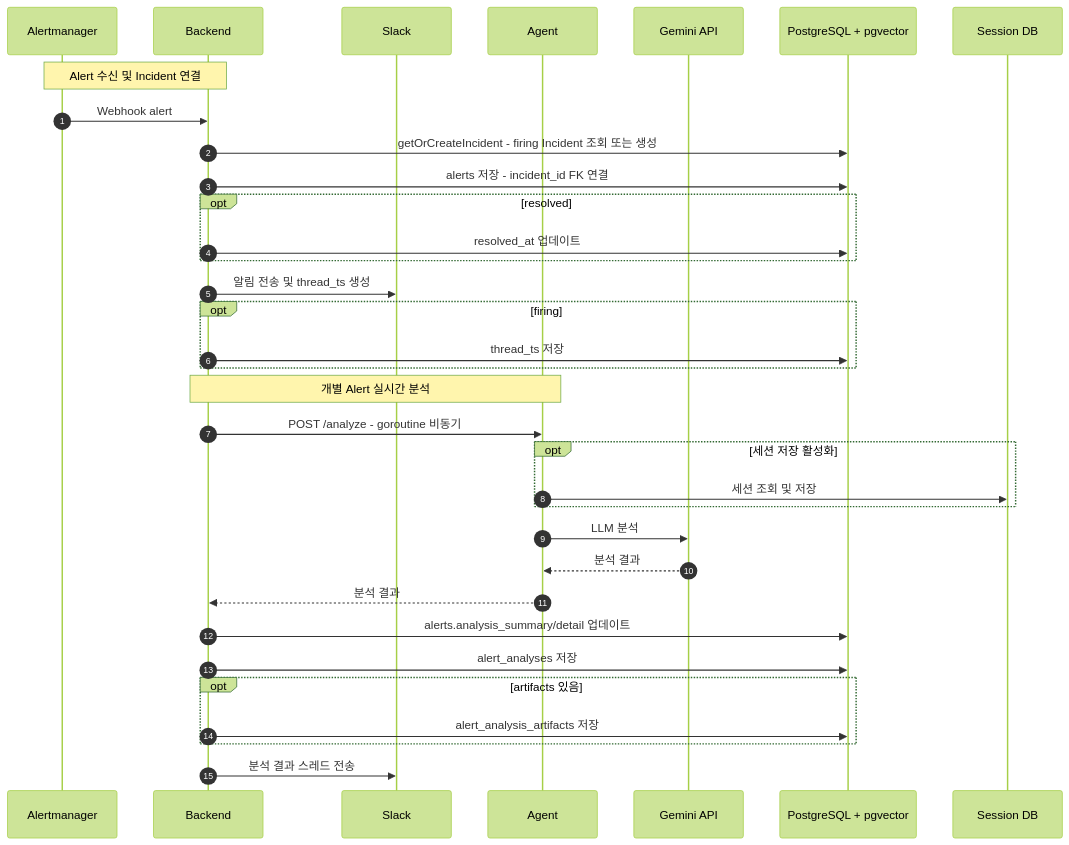
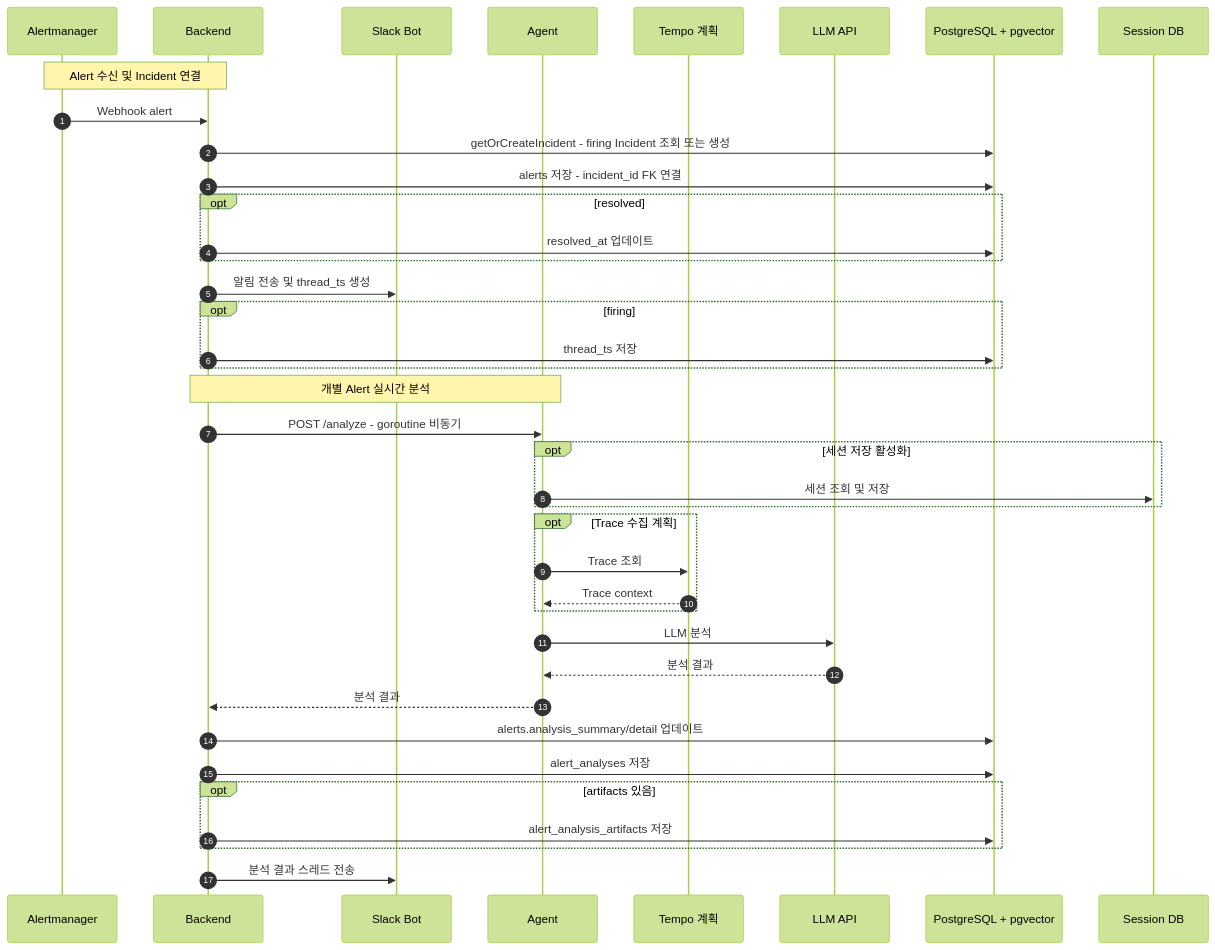
One commit to kube-rca/kuberca changed the diagram in docs/diagrams/alert_analysis_sequence_diagram.md. Above: the diagram before and after it, drawn with Mermaid (forest theme). The commit also changed 5 other files, not shown here.

Commit message:
docs(diagrams): sync architecture and planned scope

````diff
--- a/docs/diagrams/alert_analysis_sequence_diagram.md
+++ b/docs/diagrams/alert_analysis_sequence_diagram.md
@@ -1,38 +1,43 @@
 ```mermaid
 sequenceDiagram
   autonumber
   participant AM as Alertmanager
   participant BE as Backend
-  participant SL as Slack
+  participant SL as Slack Bot
   participant AG as Agent
-  participant LLM as Gemini API
+  participant TP as Tempo 계획
+  participant LLM as LLM API
   participant DB as PostgreSQL + pgvector
   participant SDB as Session DB
 
   Note over AM,BE: Alert 수신 및 Incident 연결
   AM->>BE: Webhook alert
   BE->>DB: getOrCreateIncident - firing Incident 조회 또는 생성
   BE->>DB: alerts 저장 - incident_id FK 연결
   opt resolved
     BE->>DB: resolved_at 업데이트
   end
   BE->>SL: 알림 전송 및 thread_ts 생성
   opt firing
     BE->>DB: thread_ts 저장
   end
 
   Note over BE,AG: 개별 Alert 실시간 분석
   BE->>AG: POST /analyze - goroutine 비동기
   opt 세션 저장 활성화
     AG->>SDB: 세션 조회 및 저장
   end
+  opt Trace 수집 계획
+    AG->>TP: Trace 조회
+    TP-->>AG: Trace context
+  end
   AG->>LLM: LLM 분석
   LLM-->>AG: 분석 결과
   AG-->>BE: 분석 결과
   BE->>DB: alerts.analysis_summary/detail 업데이트
   BE->>DB: alert_analyses 저장
   opt artifacts 있음
     BE->>DB: alert_analysis_artifacts 저장
   end
   BE->>SL: 분석 결과 스레드 전송
 ```
````
